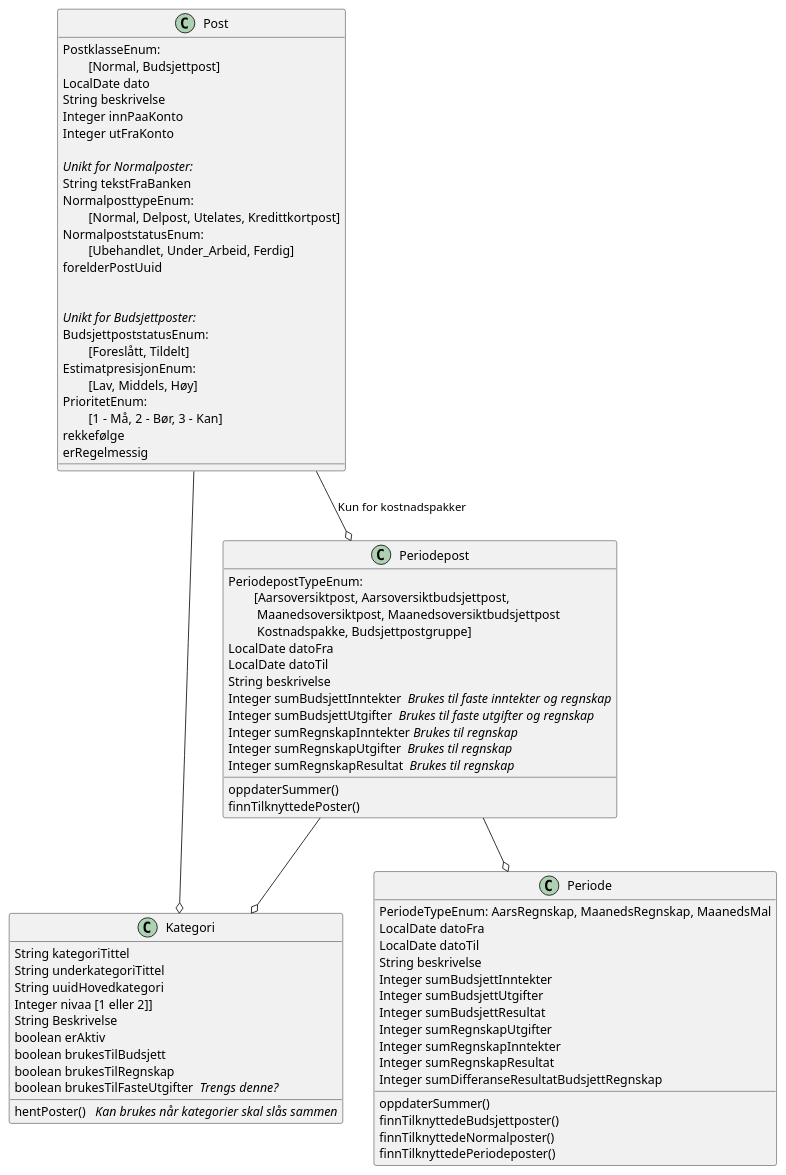
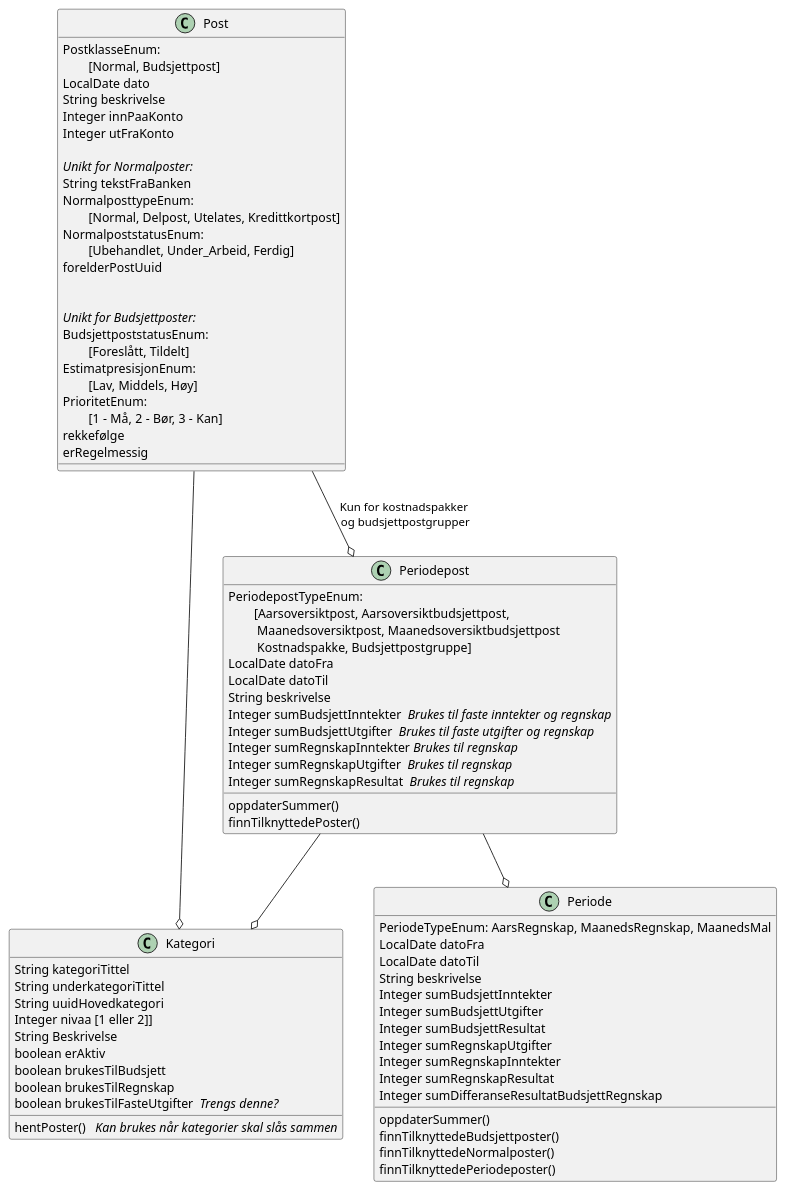
The diagram in src/main/java/docs/Datastruktur_pr2025-12-22.puml (hallvard-boink/blaahvalen), drawn with PlantUML before and after one commit. The commit also changed 2 other files, not shown here.

```diff
--- a/src/main/java/docs/Datastruktur_pr2025-12-22.puml
+++ b/src/main/java/docs/Datastruktur_pr2025-12-22.puml
@@ -1,87 +1,87 @@
 @startuml
 'https://plantuml.com/class-diagram
 
 class Post {
     PostklasseEnum:
     \t[Normal, Budsjettpost]
     LocalDate dato
     String beskrivelse
     Integer innPaaKonto
     Integer utFraKonto
 
     //Unikt for Normalposter://
     String tekstFraBanken
     NormalposttypeEnum:
     \t[Normal, Delpost, Utelates, Kredittkortpost]
     NormalpoststatusEnum:
     \t[Ubehandlet, Under_Arbeid, Ferdig]
     forelderPostUuid
 
 
     //Unikt for Budsjettposter://
     BudsjettpoststatusEnum:
     \t[Foreslått, Tildelt]
     EstimatpresisjonEnum:
     \t[Lav, Middels, Høy]
     PrioritetEnum:
     \t[1 - Må, 2 - Bør, 3 - Kan]
     rekkefølge
     erRegelmessig
 
 }
 
 class Kategori {
     String kategoriTittel
     String underkategoriTittel
     String uuidHovedkategori
     Integer nivaa [1 eller 2]]
     String Beskrivelse
     boolean erAktiv
     boolean brukesTilBudsjett
     boolean brukesTilRegnskap
     boolean brukesTilFasteUtgifter  //Trengs denne?//
     hentPoster()   //Kan brukes når kategorier skal slås sammen//
 
 }
 
 class Periode {
     PeriodeTypeEnum: AarsRegnskap, MaanedsRegnskap, MaanedsMal
     LocalDate datoFra
     LocalDate datoTil
     String beskrivelse
     Integer sumBudsjettInntekter
     Integer sumBudsjettUtgifter
     Integer sumBudsjettResultat
     Integer sumRegnskapUtgifter
     Integer sumRegnskapInntekter
     Integer sumRegnskapResultat
     Integer sumDifferanseResultatBudsjettRegnskap
     oppdaterSummer()
     finnTilknyttedeBudsjettposter()
     finnTilknyttedeNormalposter()
     finnTilknyttedePeriodeposter()
 }
 
 class Periodepost {
     PeriodepostTypeEnum:
         \t[Aarsoversiktpost, Aarsoversiktbudsjettpost,
         \t Maanedsoversiktpost, Maanedsoversiktbudsjettpost
         \t Kostnadspakke, Budsjettpostgruppe]
     LocalDate datoFra
     LocalDate datoTil
     String beskrivelse
     Integer sumBudsjettInntekter  //Brukes til faste inntekter og regnskap//
     Integer sumBudsjettUtgifter  //Brukes til faste utgifter og regnskap//
     Integer sumRegnskapInntekter //Brukes til regnskap//
     Integer sumRegnskapUtgifter  //Brukes til regnskap//
     Integer sumRegnskapResultat  //Brukes til regnskap//
     oppdaterSummer()
     finnTilknyttedePoster()
 }
 
 Post --o Kategori
 Periodepost --o Kategori
 Periodepost --o Periode
-Post --o Periodepost : Kun for kostnadspakker
+Post --o Periodepost : Kun for kostnadspakker\n og budsjettpostgrupper
 
 @enduml
```
